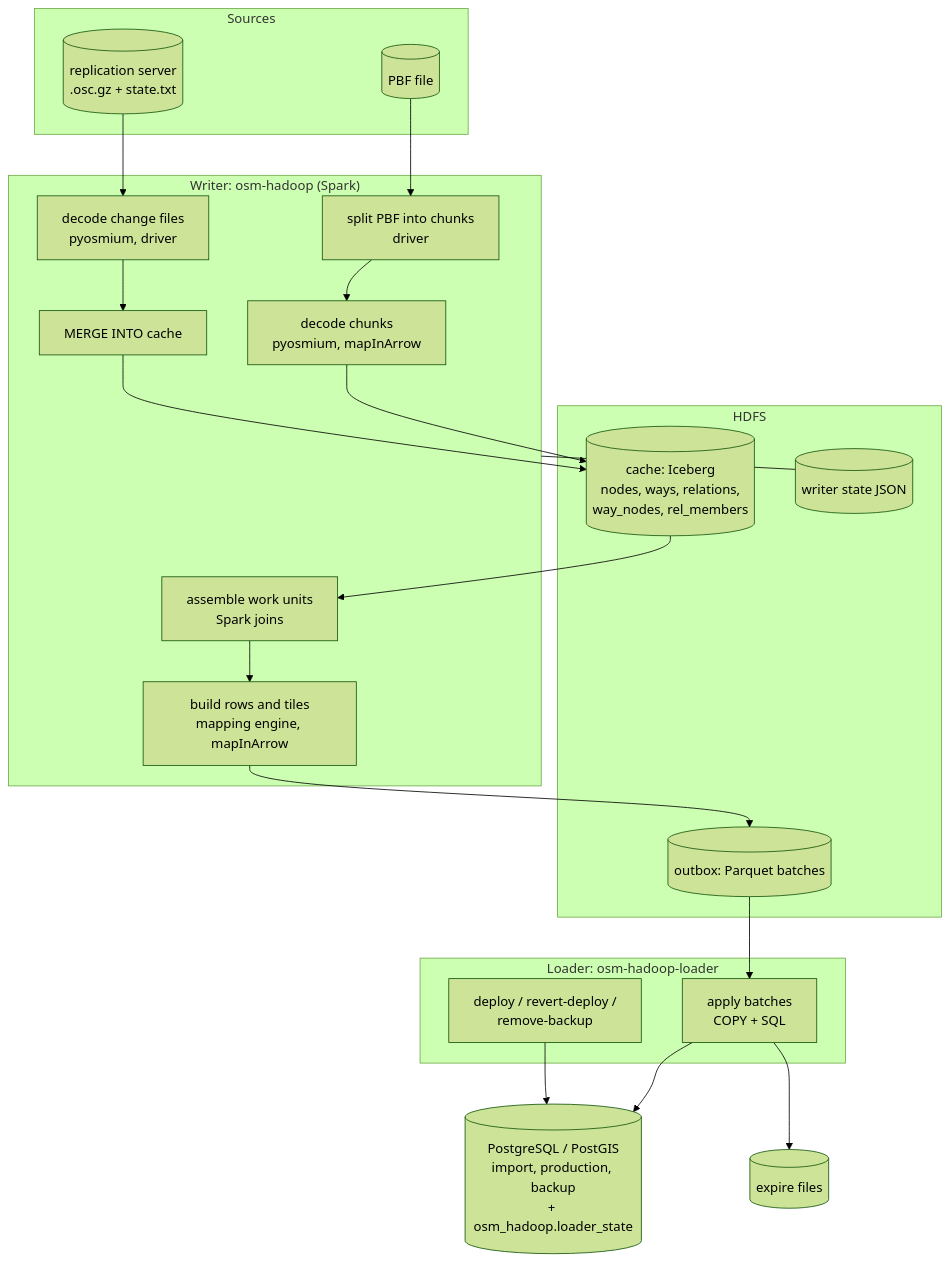
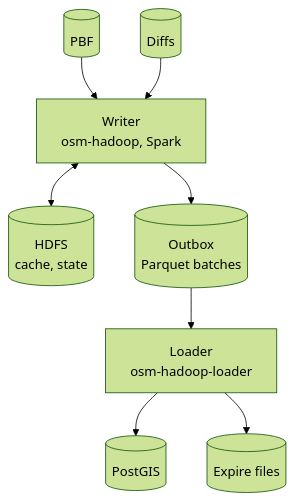
Before and after one commit to johngian/osm-spark-import: the first of 5 diagrams in docs/design.md, drawn with Mermaid (forest theme). The commit also changed other lines of this file and 2 other files, not shown here.

Commit message:
Make diagrams fit small screens

````diff
--- a/docs/design.md
+++ b/docs/design.md
@@ -15,34 +15,10 @@
 ```mermaid
 flowchart TB
-    subgraph sources[Sources]
-        pbf[(PBF file)]
-        repl[(replication server<br/>.osc.gz + state.txt)]
-    end
-    subgraph writer["Writer: osm-hadoop (Spark)"]
-        split[split PBF into chunks<br/>driver]
-        decode[decode chunks<br/>pyosmium, mapInArrow]
-        osc[decode change files<br/>pyosmium, driver]
-        units[assemble work units<br/>Spark joins]
-        build[build rows and tiles<br/>mapping engine, mapInArrow]
-        merge[MERGE INTO cache]
-    end
-    subgraph hdfs[HDFS]
-        cache[(cache: Iceberg<br/>nodes, ways, relations,<br/>way_nodes, rel_members)]
-        outbox[(outbox: Parquet batches)]
-        state[(writer state JSON)]
-    end
-    subgraph loader["Loader: osm-hadoop-loader"]
-        apply[apply batches<br/>COPY + SQL]
-        deploy[deploy / revert-deploy /<br/>remove-backup]
-    end
-    pg[(PostgreSQL / PostGIS<br/>import, production, backup<br/>+ osm_hadoop.loader_state)]
-    tiles[(expire files)]
-
-    pbf --> split --> decode --> cache
-    repl --> osc --> merge --> cache
-    cache --> units --> build --> outbox
-    writer --- state
-    outbox --> apply --> pg
-    apply --> tiles
-    deploy --> pg
+    pbf[(PBF)] --> w
+    repl[(Diffs)] --> w
+    w[Writer<br/>osm-hadoop, Spark] <--> h[(HDFS<br/>cache, state)]
+    w --> o[(Outbox<br/>Parquet batches)]
+    o --> l[Loader<br/>osm-hadoop-loader]
+    l --> pg[(PostGIS)]
+    l --> t[(Expire files)]
 ```
````
